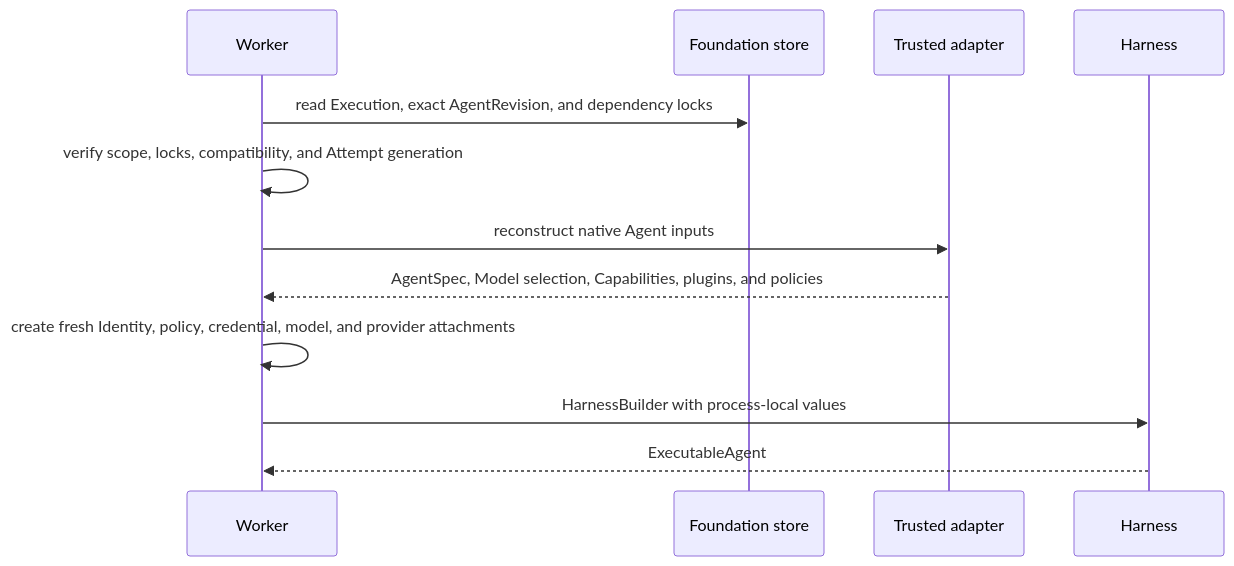
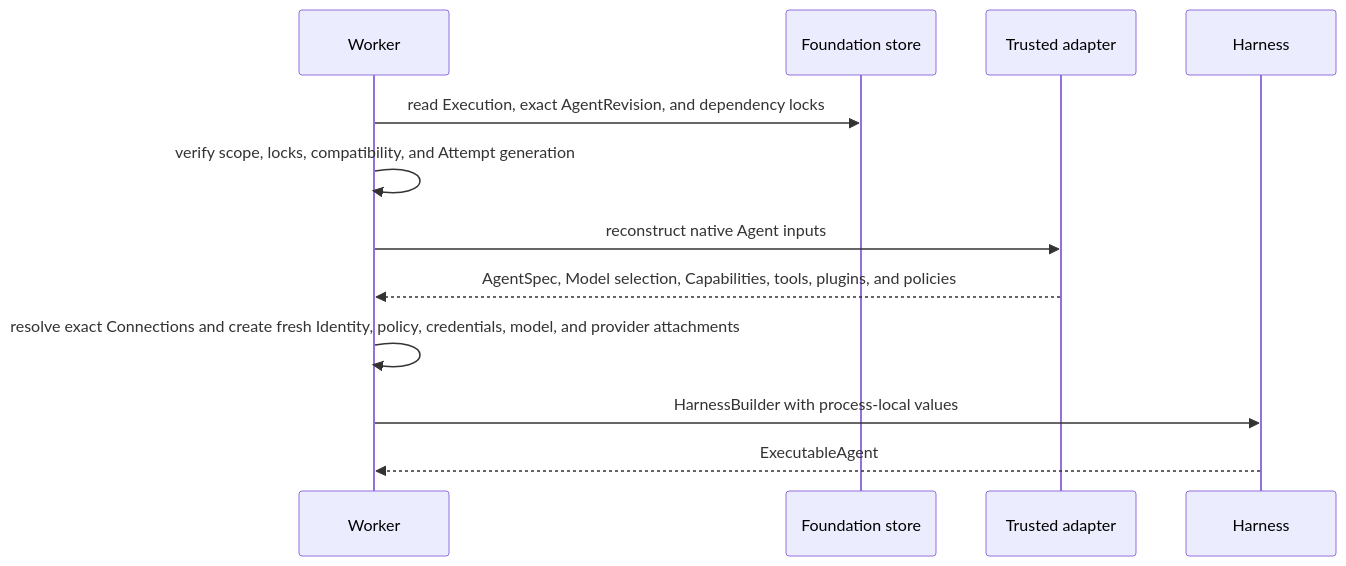
The second of 2 diagrams in spec/foundation-service/05-agent-revisions-and-reconstruction.md (converge-ai-labs/agent-foundation), drawn with Mermaid before and after one commit. The commit also changed other lines of this file and 9 other files, not shown here.

Commit message:
docs(spec): define connectors connections and triggers

````diff
--- a/spec/foundation-service/05-agent-revisions-and-reconstruction.md
+++ b/spec/foundation-service/05-agent-revisions-and-reconstruction.md
@@ -60,15 +61,15 @@
 ```mermaid
 sequenceDiagram
     participant Worker
     participant Store as Foundation store
     participant Adapter as Trusted adapter
     participant Harness
 
     Worker->>Store: read Execution, exact AgentRevision, and dependency locks
     Worker->>Worker: verify scope, locks, compatibility, and Attempt generation
     Worker->>Adapter: reconstruct native Agent inputs
-    Adapter-->>Worker: AgentSpec, Model selection, Capabilities, plugins, and policies
-    Worker->>Worker: create fresh Identity, policy, credential, model, and provider attachments
+    Adapter-->>Worker: AgentSpec, Model selection, Capabilities, tools, plugins, and policies
+    Worker->>Worker: resolve exact Connections and create fresh Identity, policy, credentials, model, and provider attachments
     Worker->>Harness: HarnessBuilder with process-local values
     Harness-->>Worker: ExecutableAgent
 ```
````
